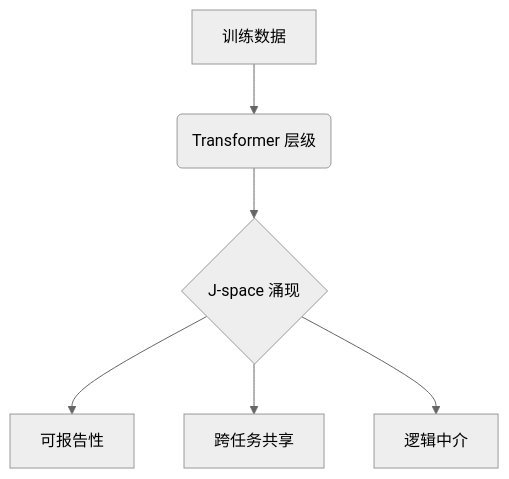
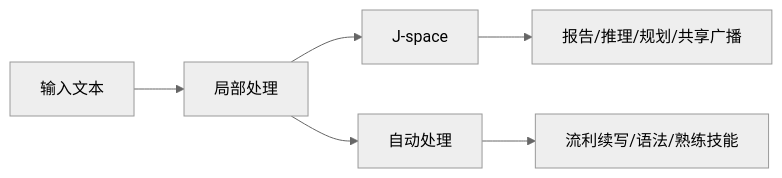
One commit to A1pha3/text-matrix changed the first of 2 diagrams in content/posts/tech/anthropic-jspace-global-workspace-in-claude.md. Above: the diagram before and after it, drawn with Mermaid (neutral theme). The commit also changed other lines of this file, not shown here.

Commit message:
更新文章标题和描述，重构目录结构，增强内容可读性，明确 J-space 与全局工作区的关系

````diff
--- a/content/posts/tech/anthropic-jspace-global-workspace-in-claude.md
+++ b/content/posts/tech/anthropic-jspace-global-workspace-in-claude.md
@@ -47,8 +116,8 @@
 ```mermaid
-graph TD
-    A[训练数据] --> B(Transformer 层级)
-    B --> C{J-space 涌现}
-    C --> D[可报告性]
-    C --> E[跨任务共享]
-    C --> F[逻辑中介]
+graph LR
+    A[输入文本] --> B[局部处理]
+    B --> C[J-space]
+    C --> D[报告/推理/规划/共享广播]
+    B --> E[自动处理]
+    E --> F[流利续写/语法/熟练技能]
 ```
````
